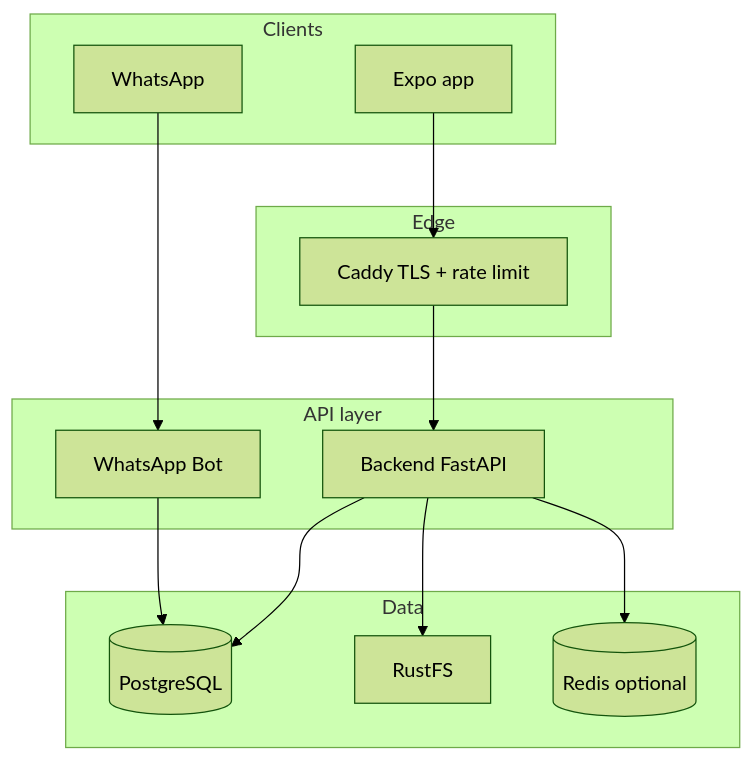
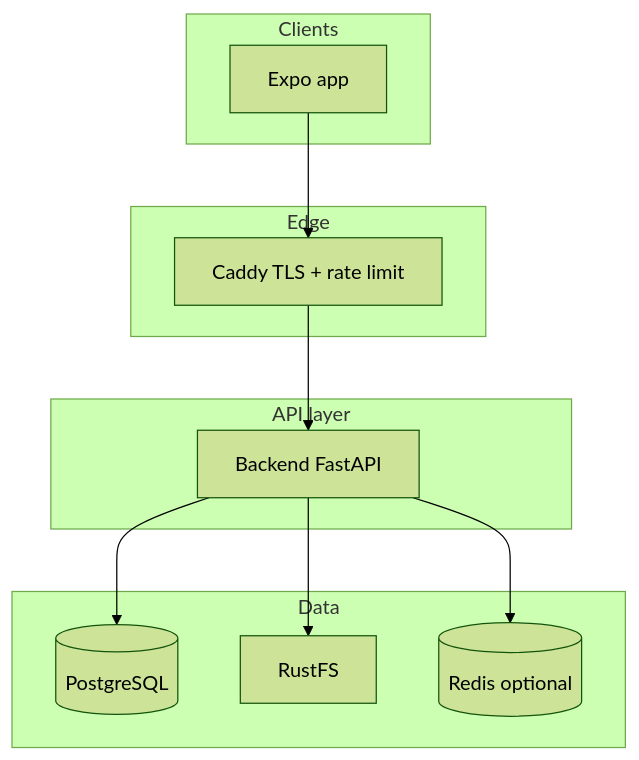
The first of 2 diagrams in README.md (durozen-technologies/Duro_POS), drawn with Mermaid (forest theme) before and after one commit. The commit also changed other lines of this file and 46 other files, not shown here.

````diff
--- a/README.md
+++ b/README.md
@@ -36,29 +34,25 @@
 ```mermaid
 flowchart TB
   subgraph clients [Clients]
     Mobile[Expo app]
-    WA[WhatsApp]
   end
 
   subgraph edge [Edge]
     Caddy[Caddy TLS + rate limit]
   end
 
   subgraph api [API layer]
     BE[Backend FastAPI]
-    Bot[WhatsApp Bot]
   end
 
   subgraph data [Data]
     PG[(PostgreSQL)]
     RF[RustFS]
     RD[(Redis optional)]
   end
 
   Mobile --> Caddy --> BE
-  WA --> Bot
-  Bot --> PG
   BE --> PG
   BE --> RF
   BE --> RD
 ```
````
